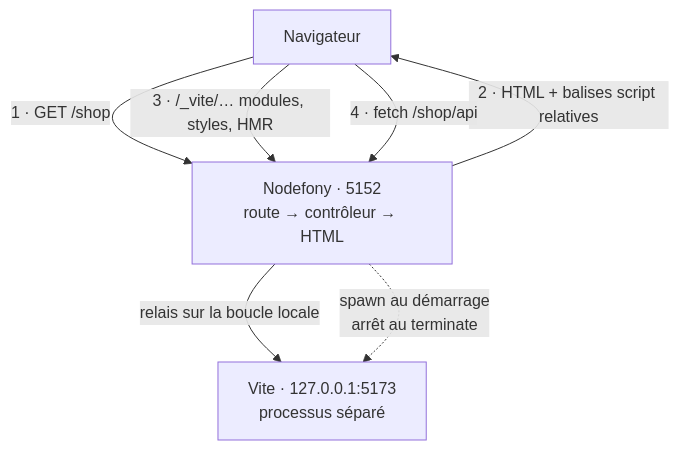
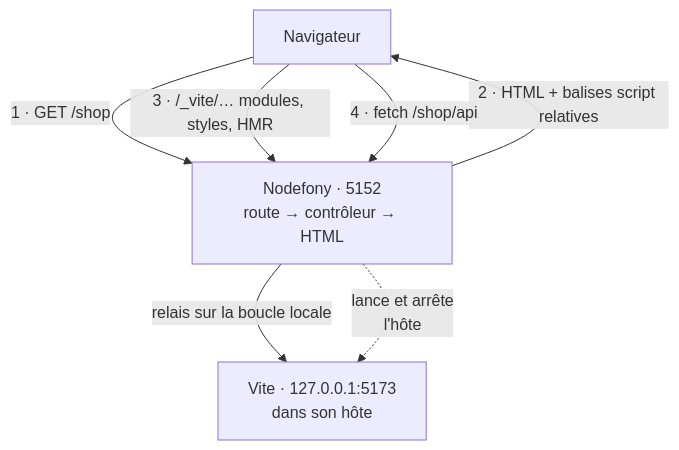
One commit to nodefony/nodefony-core changed the first of 2 diagrams in src/packages/@nodefony/frontend/docs/index.md. Above: the diagram before and after it, drawn with Mermaid. The commit also changed other lines of this file and 80 other files, not shown here.

````diff
--- a/src/packages/@nodefony/frontend/docs/index.md
+++ b/src/packages/@nodefony/frontend/docs/index.md
@@ -35,9 +35,9 @@
 ```mermaid
 flowchart TD
   BR["Navigateur"] -->|1 · GET /shop| NF["Nodefony · 5152<br/>route → contrôleur → HTML"]
   NF -->|2 · HTML + balises script relatives| BR
   BR -->|3 · /_vite/… modules, styles, HMR| NF
-  NF -->|relais sur la boucle locale| VITE["Vite · 127.0.0.1:5173<br/>processus séparé"]
+  NF -->|relais sur la boucle locale| VITE["Vite · 127.0.0.1:5173<br/>dans son hôte"]
   BR -->|4 · fetch /shop/api| NF
-  NF -.->|spawn au démarrage<br/>arrêt au terminate| VITE
+  NF -.->|lance et arrête<br/>l'hôte| VITE
 ```
````
